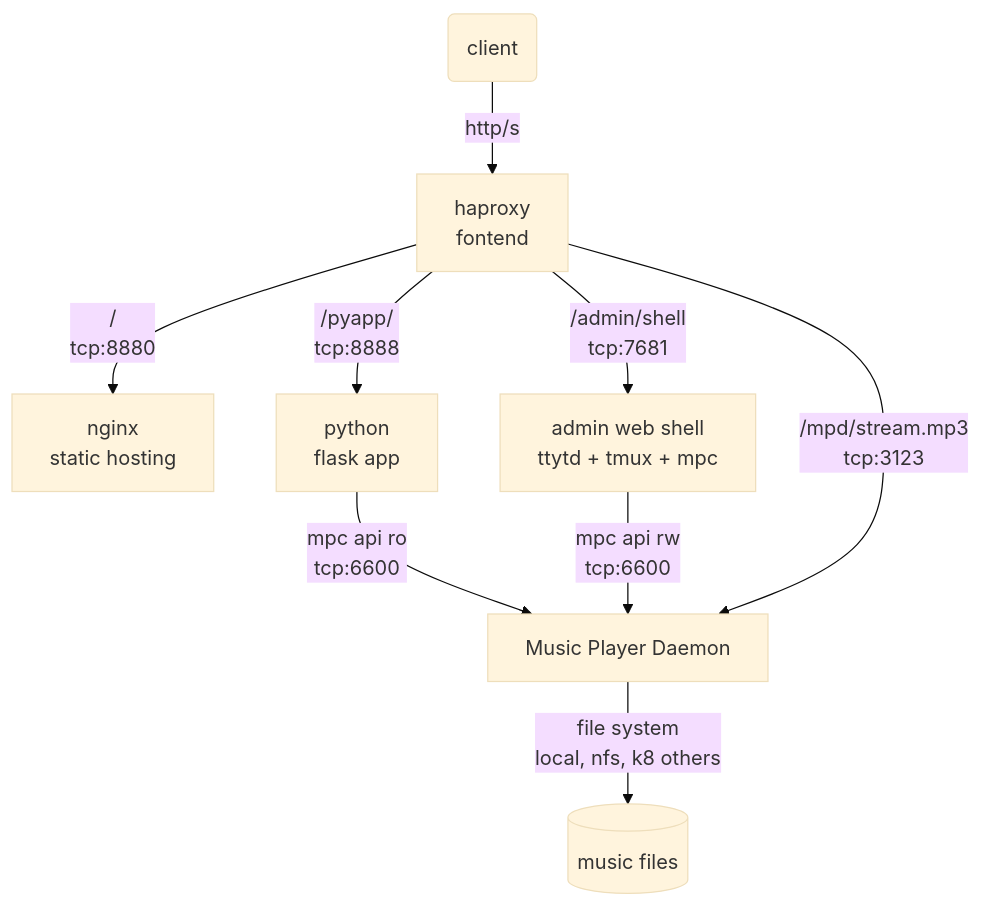
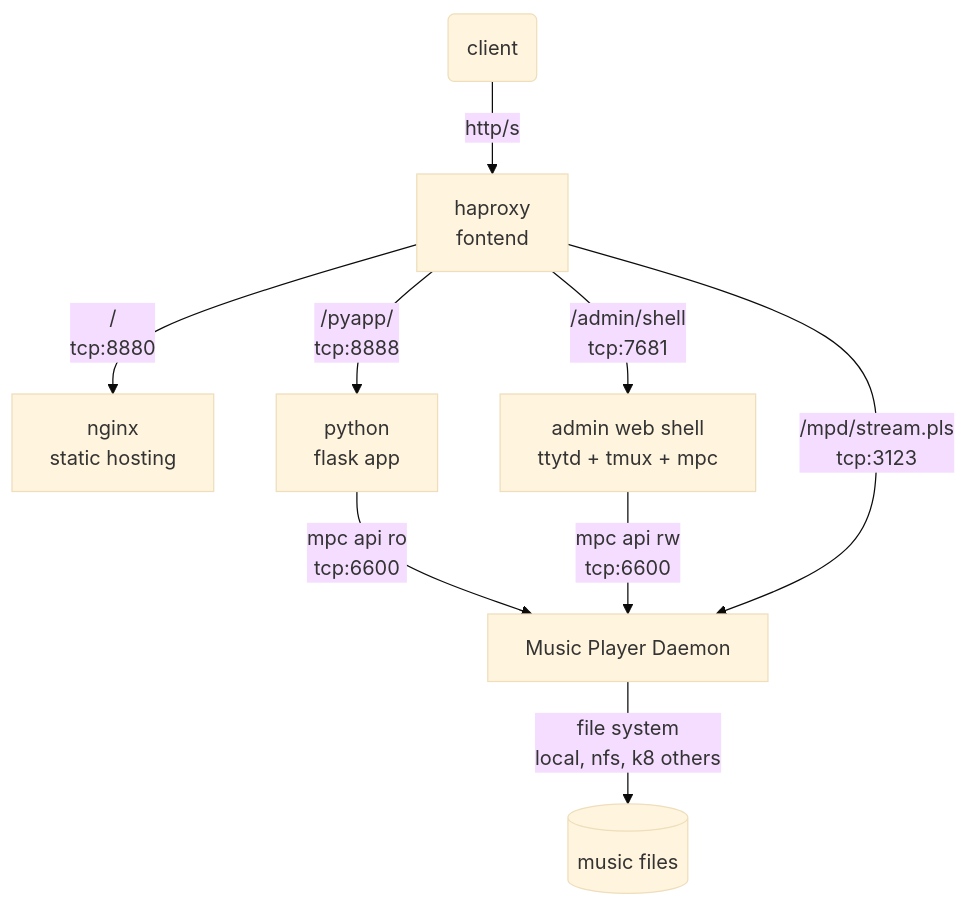
One commit to craig-m/mpcontainer changed the diagram in docs/mpcontainer.mermaid. Above: the diagram before and after it, drawn with Mermaid (base theme). The commit also changed 20 other files, not shown here.

```diff
--- a/docs/mpcontainer.mermaid
+++ b/docs/mpcontainer.mermaid
@@ -1,9 +1,9 @@
 graph TD
     A(client) -->|http/s| C[haproxy<br>fontend]
     C -->|/<br>tcp:8880| D[nginx<br>static hosting]
     C -->|/pyapp/<br>tcp:8888| E[python<br>flask app]
     E -->|mpc api ro<br>tcp:6600| G
     C -->|/admin/shell<br>tcp:7681| F[admin web shell<br>ttytd + tmux + mpc]
     F -->|mpc api rw<br>tcp:6600| G
-    C -->|/mpd/stream.mp3<br>tcp:3123| G[Music Player Daemon]
+    C -->|/mpd/stream.pls<br>tcp:3123| G[Music Player Daemon]
     G -->|file system<br>local, nfs, k8 others|J[(music files)]
```
